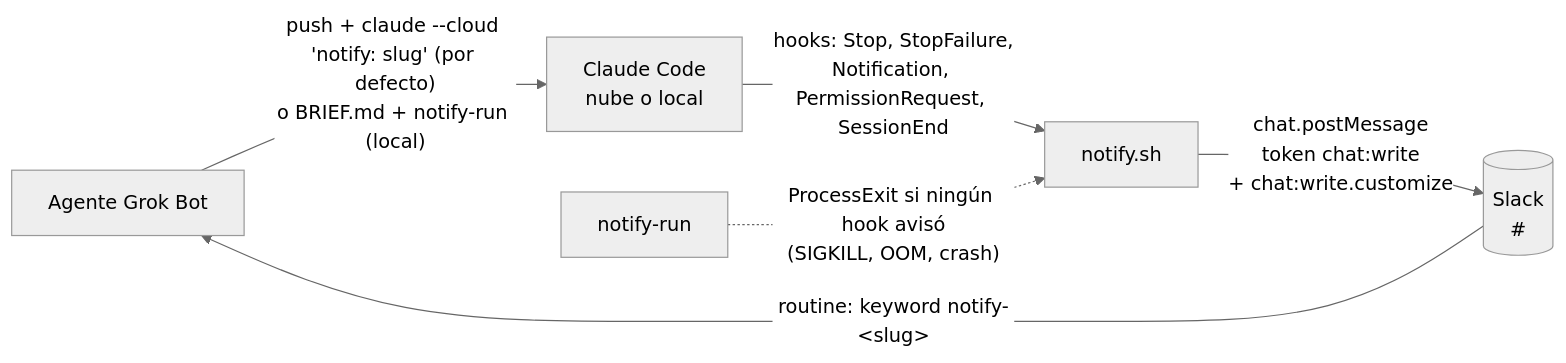
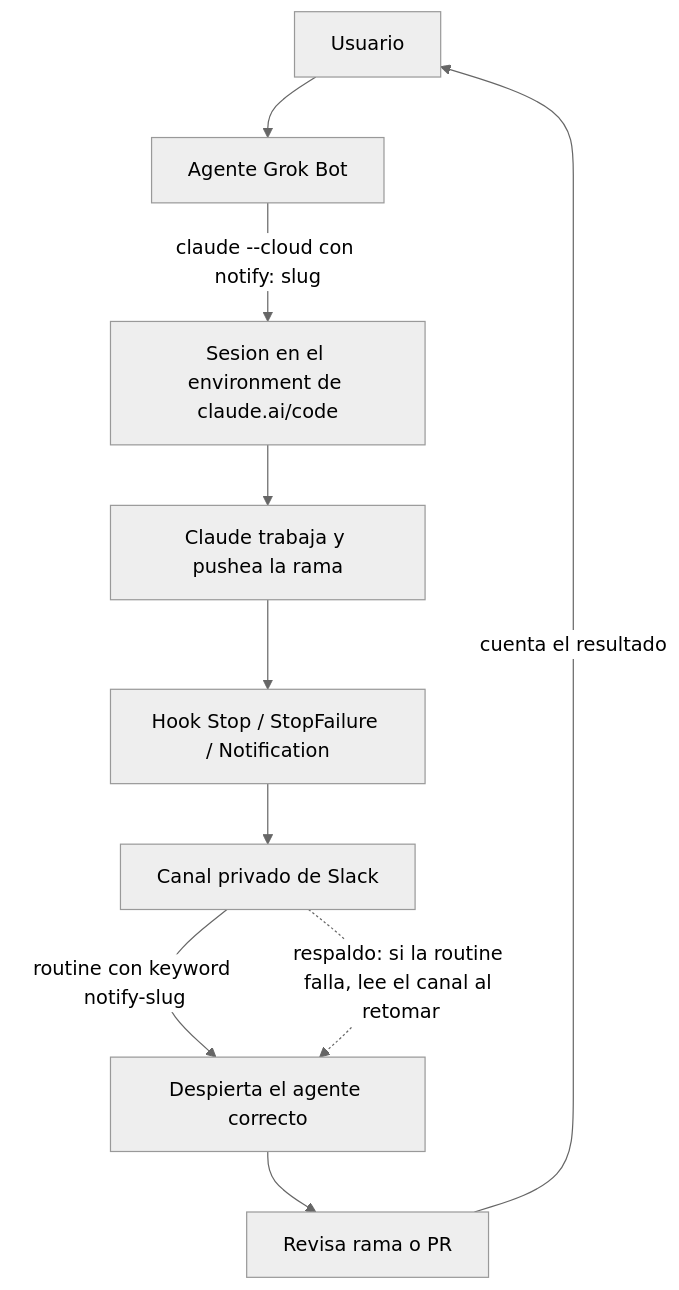
The diagram in README.md (luck-prg/grokbot-claude-code), drawn with Mermaid (neutral theme) before and after one commit. The commit also changed other lines of this file and 6 other files, not shown here.

Commit message:
docs: README como entrada principal con diagrama; setup, problemas y detalles a docs/

````diff
--- a/README.md
+++ b/README.md
@@ -14,8 +29,12 @@
 ```mermaid
-flowchart LR
-  A[Agente Grok Bot] -- "push + claude --cloud 'notify: slug' (por defecto)<br/>o BRIEF.md + notify-run (local)" --> C[Claude Code<br/>nube o local]
-  C -- "hooks: Stop, StopFailure,<br/>Notification, PermissionRequest, SessionEnd" --> N[notify.sh]
-  W[notify-run] -. "ProcessExit si ningún hook avisó<br/>(SIGKILL, OOM, crash)" .-> N
-  N -- "chat.postMessage<br/>token chat:write<br/>+ chat:write.customize" --> S[(Slack<br/>#<canal>)]
-  S -- "routine: keyword notify-&lt;slug&gt;" --> A
+flowchart TD
+  U[Usuario] --> A[Agente Grok Bot]
+  A -->|"claude --cloud con notify: slug"| C[Sesion en el environment de claude.ai/code]
+  C --> W[Claude trabaja y pushea la rama]
+  W --> H[Hook Stop / StopFailure / Notification]
+  H --> S[Canal privado de Slack]
+  S -->|"routine con keyword notify-slug"| A2[Despierta el agente correcto]
+  A2 --> R[Revisa rama o PR]
+  R -->|cuenta el resultado| U
+  S -.->|"respaldo: si la routine falla, lee el canal al retomar"| A2
 ```
````
